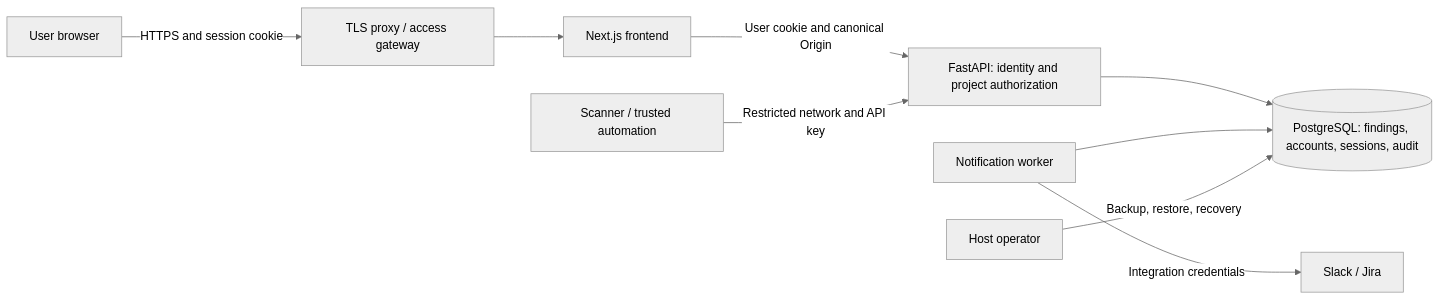
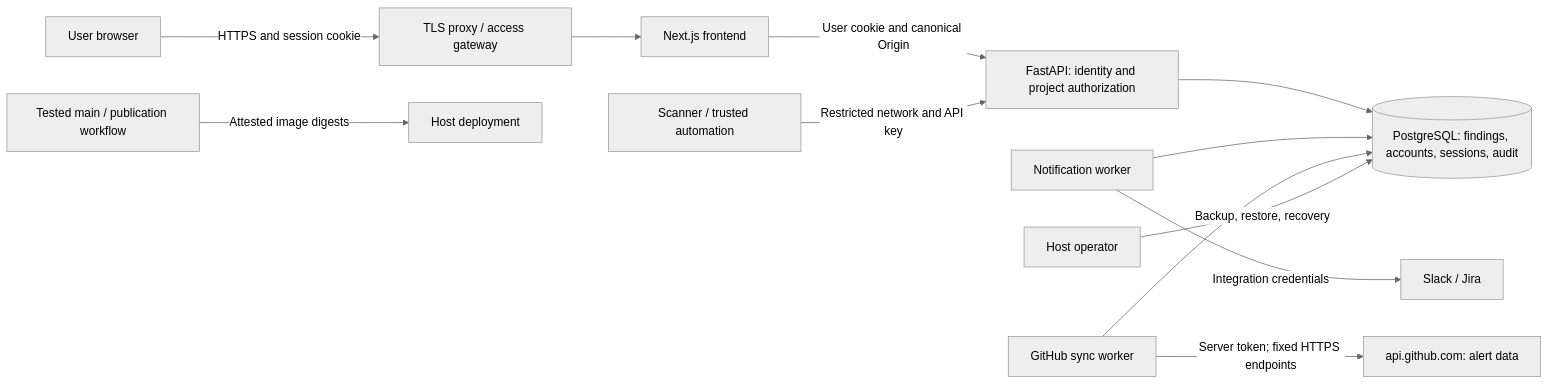
Before and after one commit to djvirus9/secops-dashboard: the diagram in docs/threat-model.md, drawn with Mermaid (neutral theme). The commit also changed other lines of this file and 62 other files, not shown here.

First line of the commit message:
Add GitHub sync, scoped scanner tokens, and release images (v0.3) (#20)

````diff
--- a/docs/threat-model.md
+++ b/docs/threat-model.md
@@ -26,11 +27,14 @@
 ```mermaid
 flowchart LR
     browser[User browser] -->|HTTPS and session cookie| tls[TLS proxy / access gateway]
     tls --> frontend[Next.js frontend]
     frontend -->|User cookie and canonical Origin| api[FastAPI: identity and project authorization]
     scanner[Scanner / trusted automation] -->|Restricted network and API key| api
     api --> db[(PostgreSQL: findings, accounts, sessions, audit)]
     worker[Notification worker] --> db
     worker -->|Integration credentials| external[Slack / Jira]
+    github[GitHub sync worker] --> db
+    github -->|Server token; fixed HTTPS endpoints| cloud[api.github.com: alert data]
+    release[Tested main / publication workflow] -->|Attested image digests| host[Host deployment]
     operator[Host operator] -->|Backup, restore, recovery| db
 ```
````
